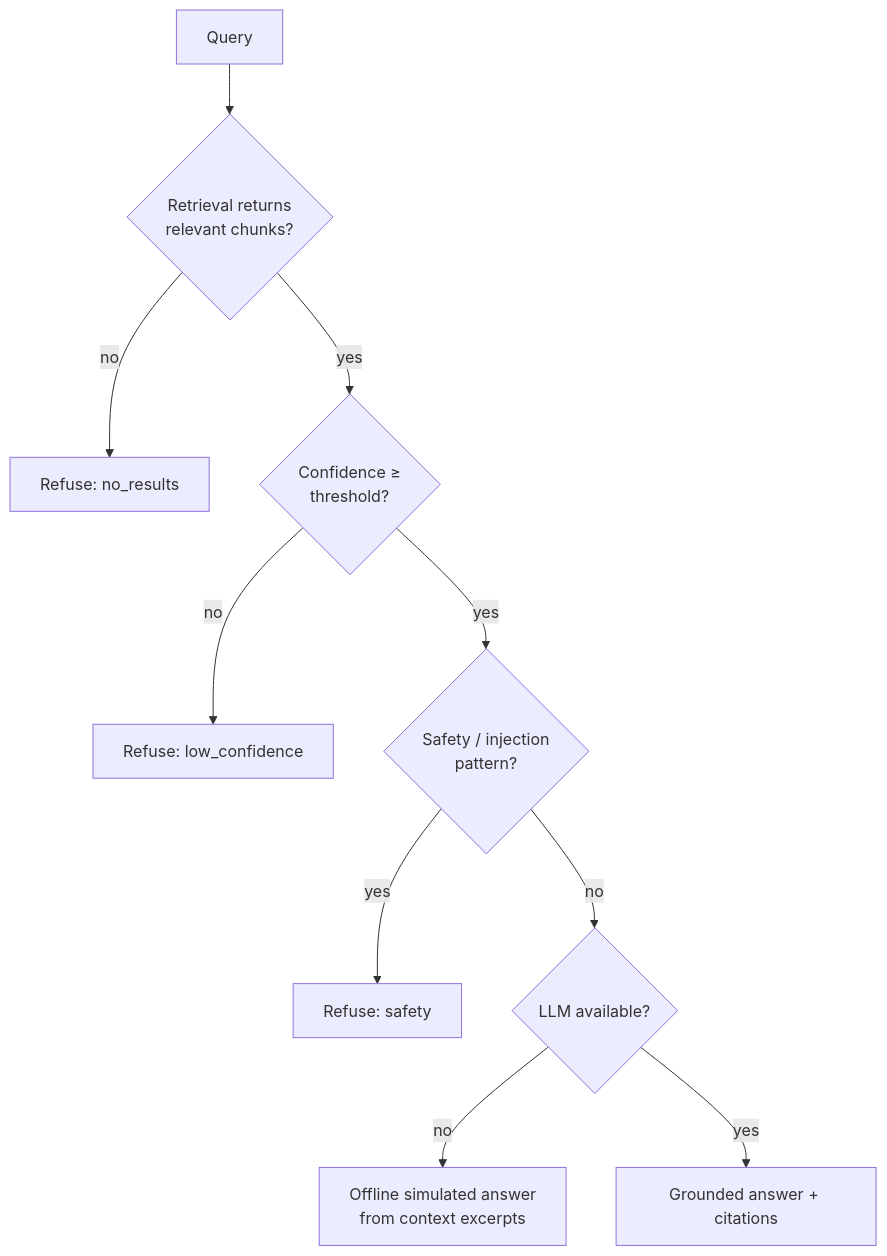
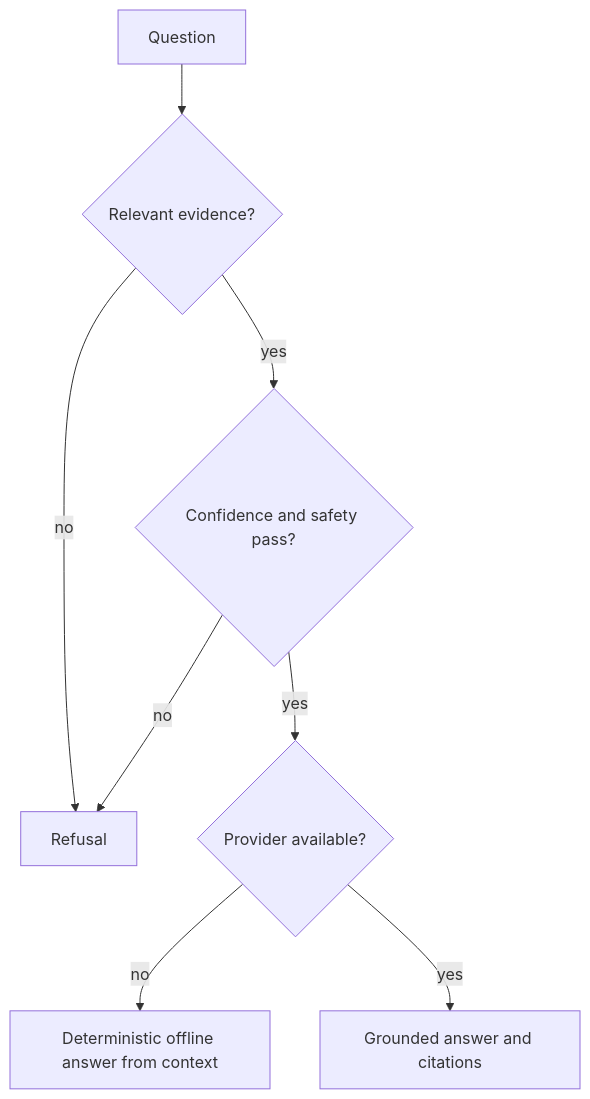
Before and after one commit to FishRaposo/groundtruth: the diagram in docs/failure-modes.md, drawn with Mermaid. The commit also changed other lines of this file and 66 other files, not shown here.

````diff
--- a/docs/failure-modes.md
+++ b/docs/failure-modes.md
@@ -7,12 +6,10 @@
 ```mermaid
 flowchart TD
-    Q[Query] --> RET{Retrieval returns<br/>relevant chunks?}
-    RET -- no --> REF[Refuse: no_results]
-    RET -- yes --> CONF{Confidence ≥<br/>threshold?}
-    CONF -- no --> REFL[Refuse: low_confidence]
-    CONF -- yes --> SAFE{Safety / injection<br/>pattern?}
-    SAFE -- yes --> REFS[Refuse: safety]
-    SAFE -- no --> GEN{LLM available?}
-    GEN -- no --> SIM[Offline simulated answer<br/>from context excerpts]
-    GEN -- yes --> ANS[Grounded answer + citations]
+    Q[Question] --> R{Relevant evidence?}
+    R -- no --> REF[Refusal]
+    R -- yes --> C{Confidence and safety pass?}
+    C -- no --> REF
+    C -- yes --> G{Provider available?}
+    G -- no --> OFF[Deterministic offline answer from context]
+    G -- yes --> ANS[Grounded answer and citations]
 ```
````
